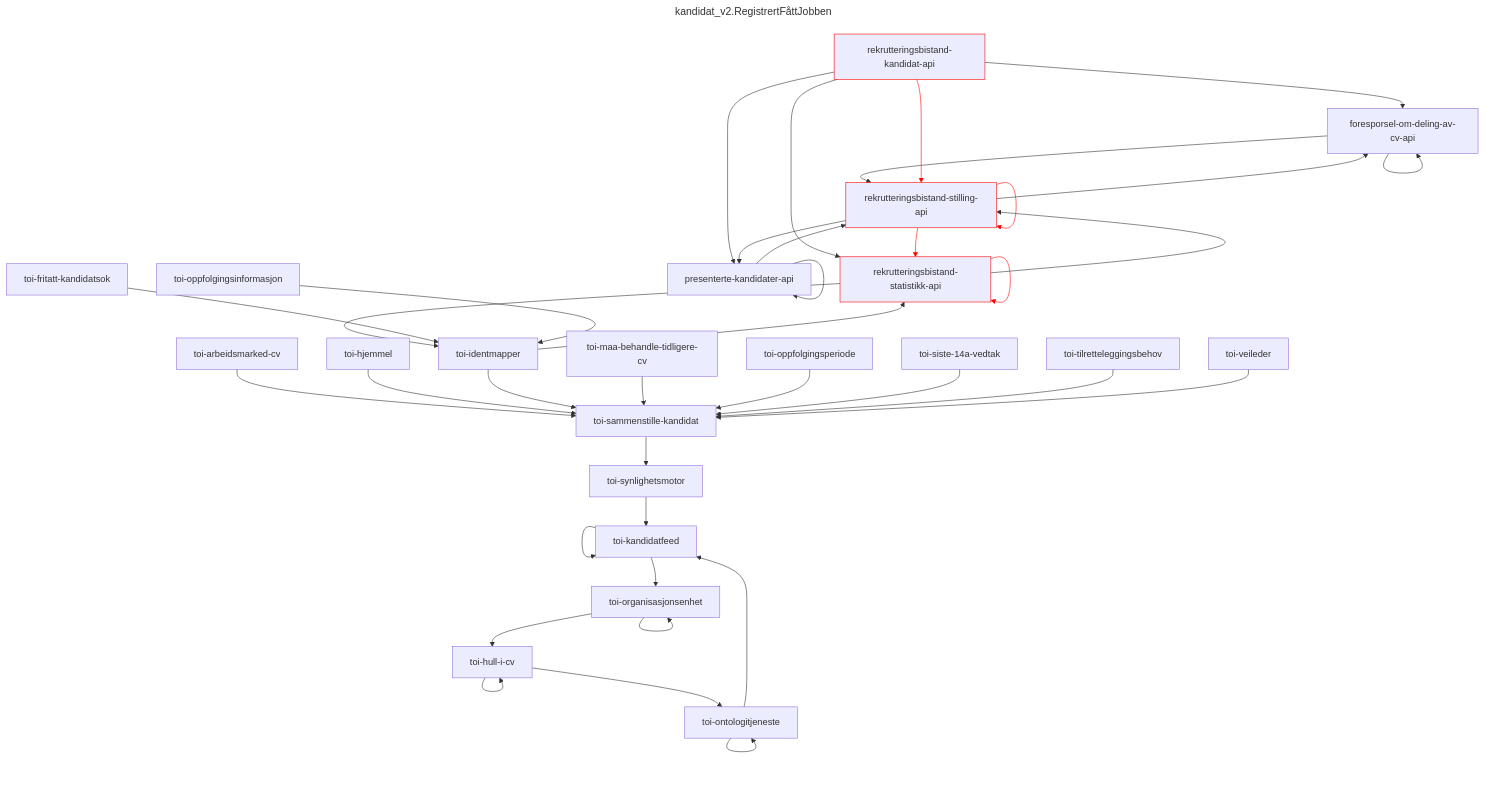
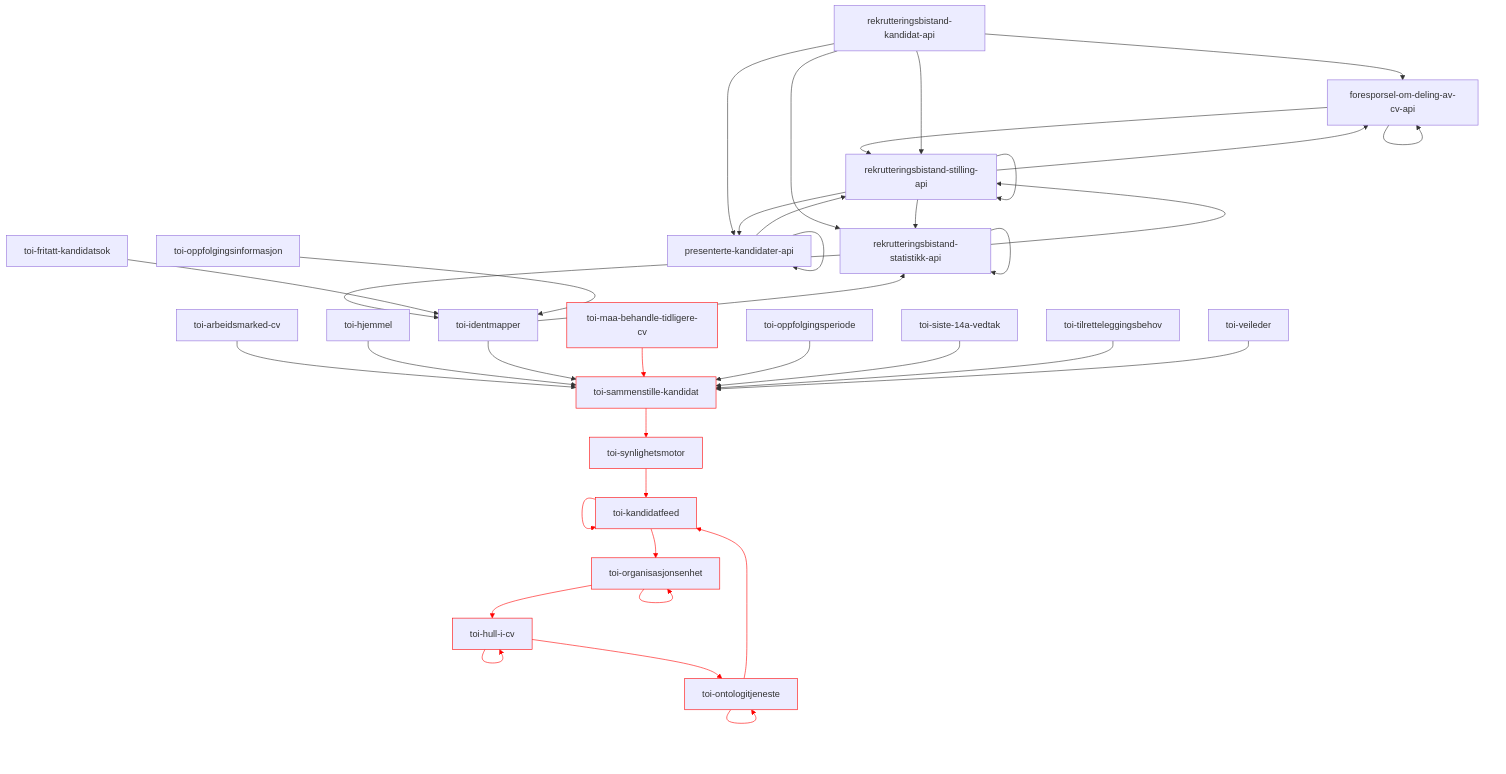
One commit to navikt/toi-rapids-and-rivers-grapher changed diagram 17 of 34 in README.md. Above: the diagram before and after it, drawn with Mermaid. The commit also changed other lines of this file, not shown here.

Commit message:
Oppdater Mermaid utskrift

````diff
--- a/README.md
+++ b/README.md
@@ -491,45 +685,42 @@
 ```mermaid
----
-title: kandidat_v2.RegistrertFåttJobben
----
 graph TD;
 foresporsel-om-deling-av-cv-api --> foresporsel-om-deling-av-cv-api;
 foresporsel-om-deling-av-cv-api --> rekrutteringsbistand-stilling-api;
 presenterte-kandidater-api --> presenterte-kandidater-api;
 presenterte-kandidater-api --> rekrutteringsbistand-stilling-api;
 rekrutteringsbistand-kandidat-api --> foresporsel-om-deling-av-cv-api;
 rekrutteringsbistand-kandidat-api --> presenterte-kandidater-api;
 rekrutteringsbistand-kandidat-api --> rekrutteringsbistand-statistikk-api;
-rekrutteringsbistand-kandidat-api:::x --> rekrutteringsbistand-stilling-api:::x;
-rekrutteringsbistand-statistikk-api:::x --> rekrutteringsbistand-statistikk-api:::x;
+rekrutteringsbistand-kandidat-api --> rekrutteringsbistand-stilling-api;
+rekrutteringsbistand-statistikk-api --> rekrutteringsbistand-statistikk-api;
 rekrutteringsbistand-statistikk-api --> rekrutteringsbistand-stilling-api;
 rekrutteringsbistand-statistikk-api --> toi-identmapper;
 rekrutteringsbistand-stilling-api --> foresporsel-om-deling-av-cv-api;
 rekrutteringsbistand-stilling-api --> presenterte-kandidater-api;
-rekrutteringsbistand-stilling-api:::x --> rekrutteringsbistand-statistikk-api:::x;
-rekrutteringsbistand-stilling-api:::x --> rekrutteringsbistand-stilling-api:::x;
+rekrutteringsbistand-stilling-api --> rekrutteringsbistand-statistikk-api;
+rekrutteringsbistand-stilling-api --> rekrutteringsbistand-stilling-api;
 toi-arbeidsmarked-cv --> toi-sammenstille-kandidat;
 toi-fritatt-kandidatsok --> toi-identmapper;
 toi-hjemmel --> toi-sammenstille-kandidat;
-toi-hull-i-cv --> toi-hull-i-cv;
-toi-hull-i-cv --> toi-ontologitjeneste;
+toi-hull-i-cv:::x --> toi-hull-i-cv:::x;
+toi-hull-i-cv:::x --> toi-ontologitjeneste:::x;
 toi-identmapper --> rekrutteringsbistand-statistikk-api;
 toi-identmapper --> toi-sammenstille-kandidat;
-toi-kandidatfeed --> toi-kandidatfeed;
-toi-kandidatfeed --> toi-organisasjonsenhet;
-toi-maa-behandle-tidligere-cv --> toi-sammenstille-kandidat;
-toi-ontologitjeneste --> toi-kandidatfeed;
-toi-ontologitjeneste --> toi-ontologitjeneste;
+toi-kandidatfeed:::x --> toi-kandidatfeed:::x;
+toi-kandidatfeed:::x --> toi-organisasjonsenhet:::x;
+toi-maa-behandle-tidligere-cv:::x --> toi-sammenstille-kandidat:::x;
+toi-ontologitjeneste:::x --> toi-kandidatfeed:::x;
+toi-ontologitjeneste:::x --> toi-ontologitjeneste:::x;
 toi-oppfolgingsinformasjon --> toi-identmapper;
 toi-oppfolgingsperiode --> toi-sammenstille-kandidat;
-toi-organisasjonsenhet --> toi-hull-i-cv;
-toi-organisasjonsenhet --> toi-organisasjonsenhet;
-toi-sammenstille-kandidat --> toi-synlighetsmotor;
+toi-organisasjonsenhet:::x --> toi-hull-i-cv:::x;
+toi-organisasjonsenhet:::x --> toi-organisasjonsenhet:::x;
+toi-sammenstille-kandidat:::x --> toi-synlighetsmotor:::x;
 toi-siste-14a-vedtak --> toi-sammenstille-kandidat;
-toi-synlighetsmotor --> toi-kandidatfeed;
+toi-synlighetsmotor:::x --> toi-kandidatfeed:::x;
 toi-tilretteleggingsbehov --> toi-sammenstille-kandidat;
 toi-veileder --> toi-sammenstille-kandidat;
 
-linkStyle 7,8,13,14 stroke:red;
+linkStyle 18,19,22,23,24,25,26,29,30,31,33 stroke:red;
 classDef x stroke: red;
 ```
````
